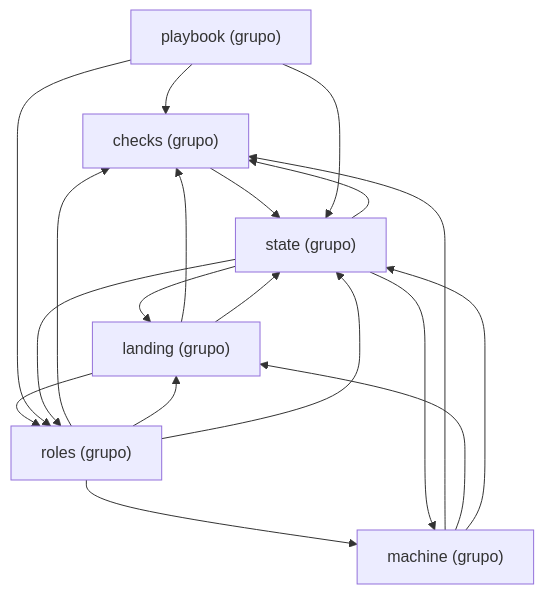
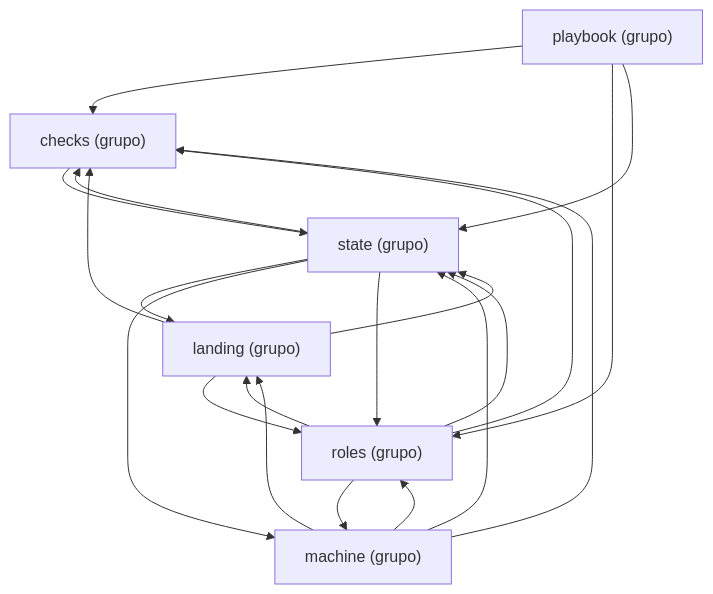
The diagram in docs/architecture/generated/packages-process-domain.md (GonzaloZevallos/agentic-system), drawn with Mermaid before and after one commit. The commit also changed 31 other files, not shown here.

````diff
--- a/docs/architecture/generated/packages-process-domain.md
+++ b/docs/architecture/generated/packages-process-domain.md
@@ -24,27 +24,28 @@
 ```mermaid
 graph TD
     g_domain__checks["checks (grupo)"]
     g_domain__landing["landing (grupo)"]
     g_domain__machine["machine (grupo)"]
     g_domain__playbook["playbook (grupo)"]
     g_domain__roles["roles (grupo)"]
     g_domain__state["state (grupo)"]
     g_domain__checks --> g_domain__state
     g_domain__landing --> g_domain__checks
     g_domain__landing --> g_domain__roles
     g_domain__landing --> g_domain__state
     g_domain__machine --> g_domain__checks
     g_domain__machine --> g_domain__landing
+    g_domain__machine --> g_domain__roles
     g_domain__machine --> g_domain__state
     g_domain__playbook --> g_domain__checks
     g_domain__playbook --> g_domain__roles
     g_domain__playbook --> g_domain__state
     g_domain__roles --> g_domain__checks
     g_domain__roles --> g_domain__landing
     g_domain__roles --> g_domain__machine
     g_domain__roles --> g_domain__state
     g_domain__state --> g_domain__checks
     g_domain__state --> g_domain__landing
     g_domain__state --> g_domain__machine
     g_domain__state --> g_domain__roles
 ```
````
